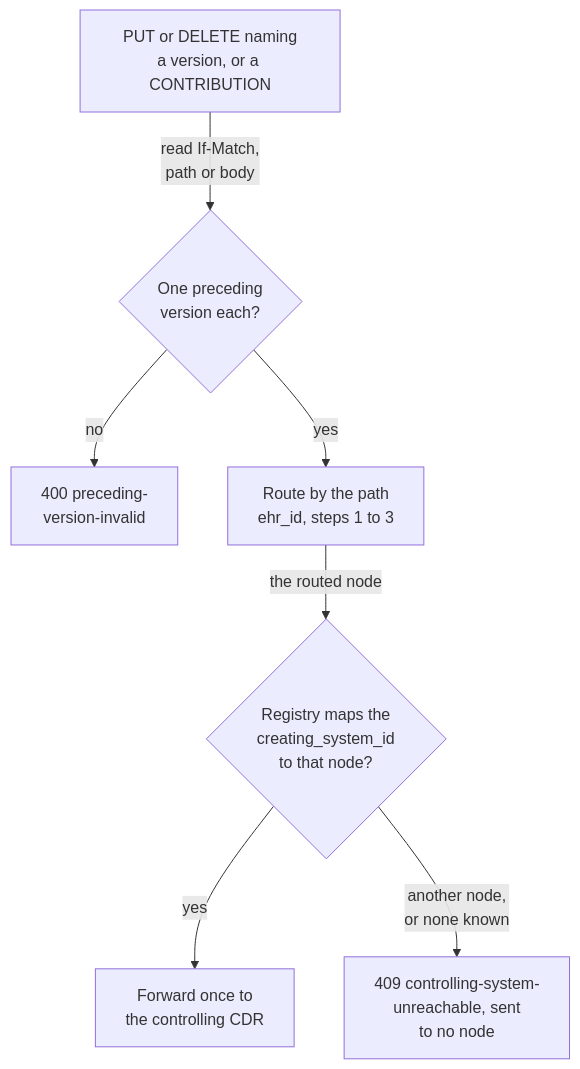
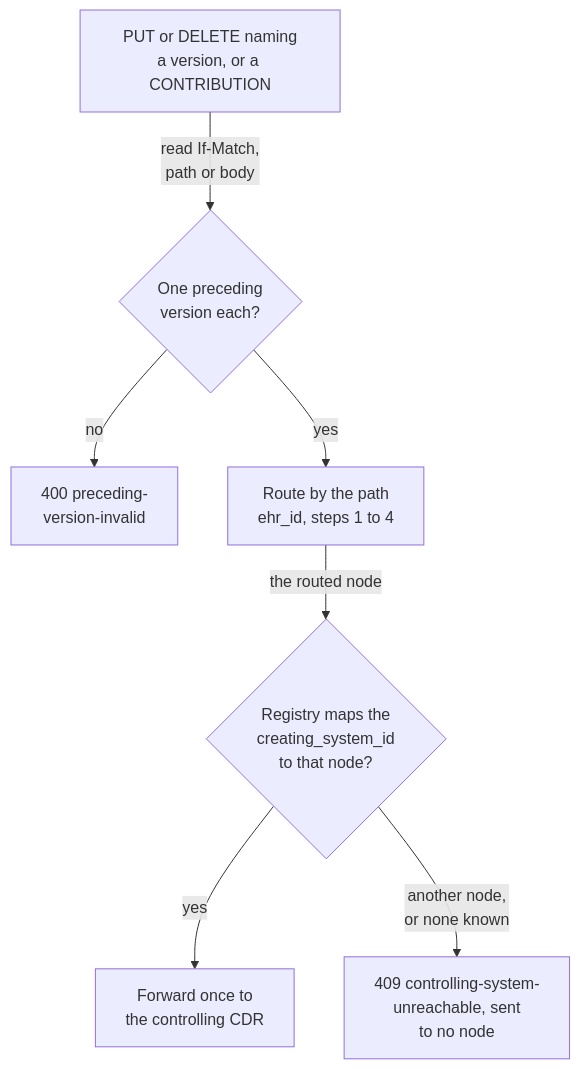
Before and after one commit to FerroHEALTH/FerroFED: the second of 4 diagrams in website/book/src/how-it-works/follow-ups-and-writes.md, drawn with Mermaid. The commit also changed other lines of this file and 97 other files, not shown here.

````diff
--- a/website/book/src/how-it-works/follow-ups-and-writes.md
+++ b/website/book/src/how-it-works/follow-ups-and-writes.md
@@ -72,9 +88,9 @@
 ```mermaid
 flowchart TD
     w["PUT or DELETE naming<br/>a version, or a CONTRIBUTION"] -->|"read If-Match,<br/>path or body"| pv{"One preceding<br/>version each?"}
     pv -->|"no"| b400["400 preceding-<br/>version-invalid"]
-    pv -->|"yes"| r["Route by the path<br/>ehr_id, steps 1 to 3"]
+    pv -->|"yes"| r["Route by the path<br/>ehr_id, steps 1 to 4"]
     r -->|"the routed node"| ctl{"Registry maps the<br/>creating_system_id<br/>to that node?"}
     ctl -->|"yes"| send["Forward once to<br/>the controlling CDR"]
     ctl -->|"another node,<br/>or none known"| c409["409 controlling-system-<br/>unreachable, sent<br/>to no node"]
 ```
````
